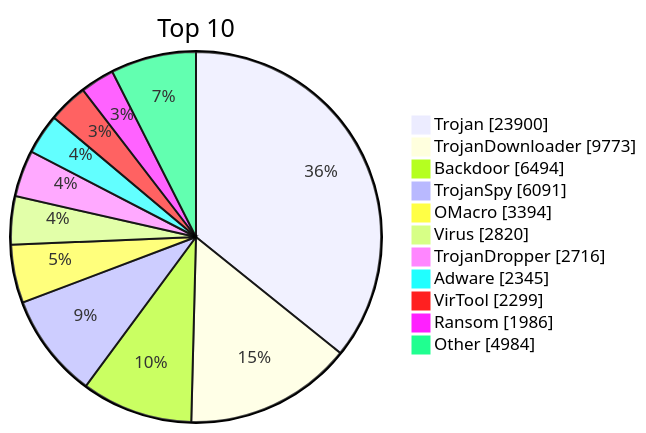
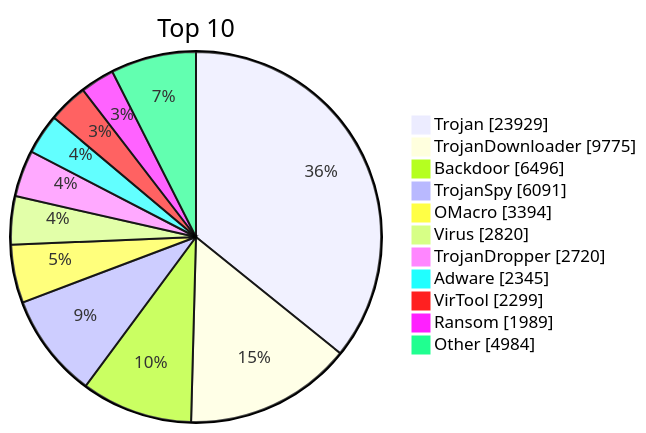
The diagram in README.md (JerryLinLinLin/huorong-virdb-changelog), drawn with Mermaid before and after one commit. The commit also changed other lines of this file and 14 other files, not shown here.

````diff
--- a/README.md
+++ b/README.md
@@ -19,15 +19,15 @@
 ```mermaid
 pie showData
     title Top 10
-    "Trojan" : 23900
-    "TrojanDownloader" : 9773
-    "Backdoor" : 6494
+    "Trojan" : 23929
+    "TrojanDownloader" : 9775
+    "Backdoor" : 6496
     "TrojanSpy" : 6091
     "OMacro" : 3394
     "Virus" : 2820
-    "TrojanDropper" : 2716
+    "TrojanDropper" : 2720
     "Adware" : 2345
     "VirTool" : 2299
-    "Ransom" : 1986
+    "Ransom" : 1989
     "Other" : 4984
 ```
````
